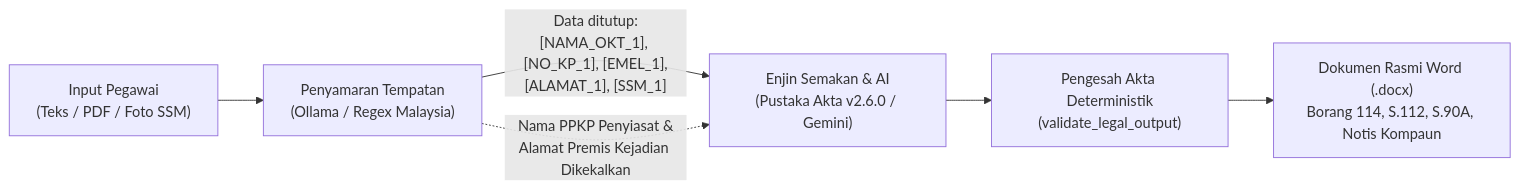
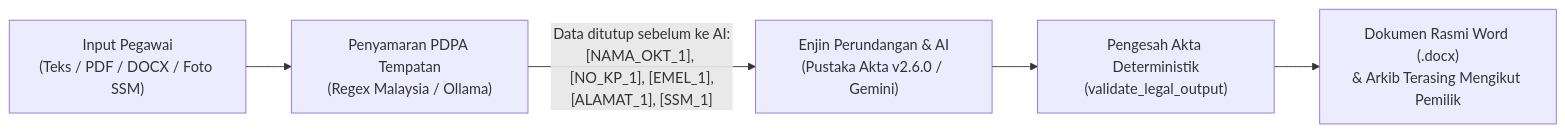
One commit to syrzy-wna/i-uip-pkdkn changed the second of 2 diagrams in README.md. Above: the diagram before and after it, drawn with Mermaid. The commit also changed other lines of this file, not shown here.

````diff
--- a/README.md
+++ b/README.md
@@ -69,8 +107,7 @@
 ```mermaid
 flowchart LR
-    A["Input Pegawai<br/>(Teks / PDF / Foto SSM)"] --> B["Penyamaran Tempatan<br/>(Ollama / Regex Malaysia)"]
-    B -->|"Data ditutup:<br/>[NAMA_OKT_1], [NO_KP_1], [EMEL_1],<br/>[ALAMAT_1], [SSM_1]"| C["Enjin Semakan & AI<br/>(Pustaka Akta v2.6.0 / Gemini)"]
-    B -.->|"Nama PPKP Penyiasat &<br/>Alamat Premis Kejadian Dikekalkan"| C
+    A["Input Pegawai<br/>(Teks / PDF / DOCX / Foto SSM)"] --> B["Penyamaran PDPA Tempatan<br/>(Regex Malaysia / Ollama)"]
+    B -->|"Data ditutup sebelum ke AI:<br/>[NAMA_OKT_1], [NO_KP_1], [EMEL_1],<br/>[ALAMAT_1], [SSM_1]"| C["Enjin Perundangan & AI<br/>(Pustaka Akta v2.6.0 / Gemini)"]
     C --> D["Pengesah Akta Deterministik<br/>(validate_legal_output)"]
-    D --> E["Dokumen Rasmi Word (.docx)<br/>Borang 114, S.112, S.90A, Notis Kompaun"]
+    D --> E["Dokumen Rasmi Word (.docx)<br/>& Arkib Terasing Mengikut Pemilik"]
 ```
````
